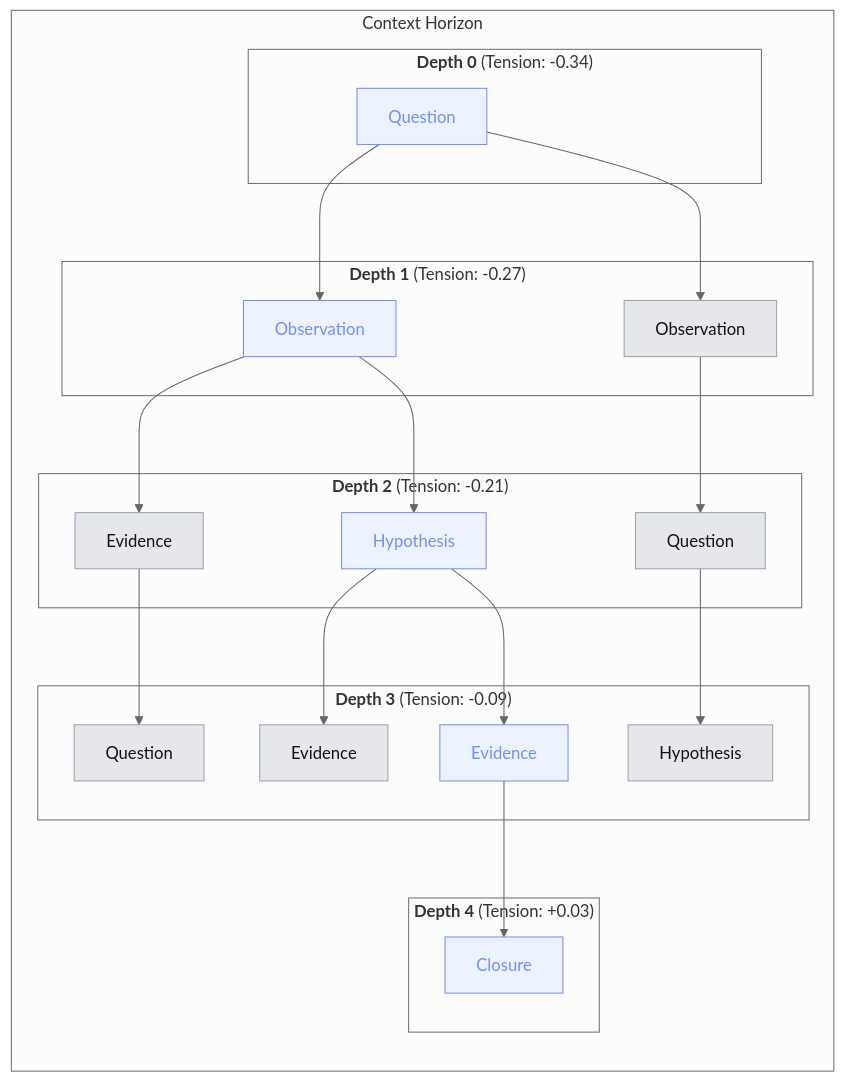
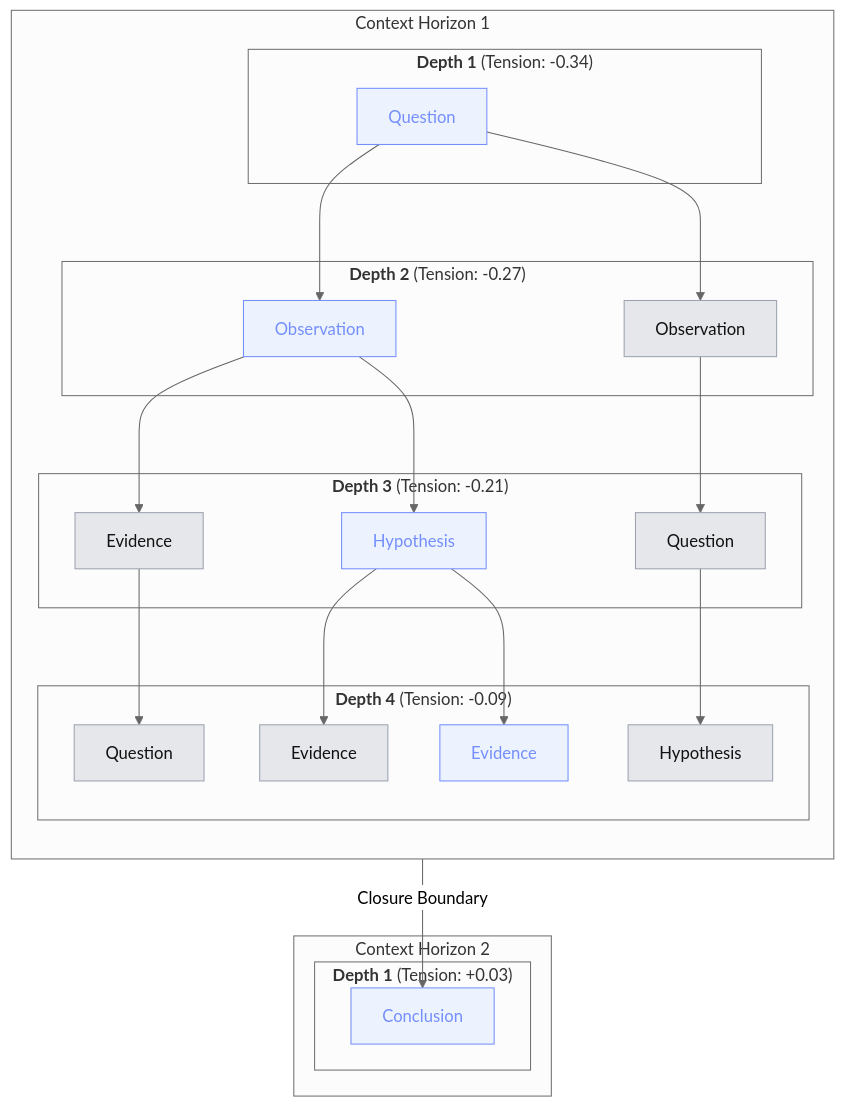
Before and after one commit to clairemira/miranova: the second of 10 diagrams in content/commons/01-overview.mdx, drawn with Mermaid. The commit also changed other lines of this file and 1 other file, not shown here.

````diff
--- a/content/commons/01-overview.mdx
+++ b/content/commons/01-overview.mdx
@@ -292,59 +300,61 @@
 ```mermaid
 ---
 config:
   flowchart:
     curve: basis
   theme: neutral
 ---
 graph TD
 
-  subgraph CH["Context Horizon"]
+  subgraph CH1["Context Horizon 1"]
     direction TB
 
-    subgraph D0["<strong>Depth 0</strong> (Tension: -0.34)"]
+    subgraph D0["<strong>Depth 1</strong> (Tension: -0.34)"]
       A["Question"]
     end
 
-    subgraph D1["<strong>Depth 1</strong> (Tension: -0.27)"]
+    subgraph D1["<strong>Depth 2</strong> (Tension: -0.27)"]
       B["Observation"]
       C["Observation"]
     end
 
-    subgraph D2["<strong>Depth 2</strong> (Tension: -0.21)"]
+    subgraph D2["<strong>Depth 3</strong> (Tension: -0.21)"]
       D["Evidence"]
       E["Hypothesis"]
       F["Question"]
     end
 
-    subgraph D3["<strong>Depth 3</strong> (Tension: -0.09)"]
+    subgraph D3["<strong>Depth 4</strong> (Tension: -0.09)"]
       G["Question"]
       H["Evidence"]
       I["Evidence"]
       J["Hypothesis"]
-    end
-
-    subgraph D4["<strong>Depth 4</strong> (Tension: +0.03)"]
-      K["Closure"]
     end
 
     A --> B
     A --> C
 
     B --> D
     B --> E
     C --> F
 
     D --> G
     E --> H
     E --> I
     F --> J
+  end
 
-    I --> K
+  subgraph CH2["Context Horizon 2"]
+    subgraph D4["<strong>Depth 1</strong> (Tension: +0.03)"]
+      K["Conclusion"]
+    end
   end
+
+  I -->|"Closure Boundary"| K
 
   class A,B,E,I,K longestPath
   class D,F,G,H,J,C otherNode
 
   classDef longestPath fill:#edf2ff,stroke:#748ffc,color:#748ffc
   classDef otherNode fill:#e5e7eb,stroke:#9ca3af,color:#111
 ```
````
